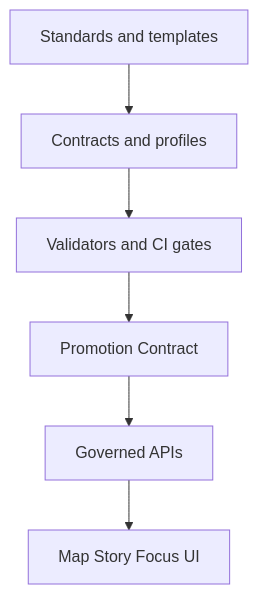
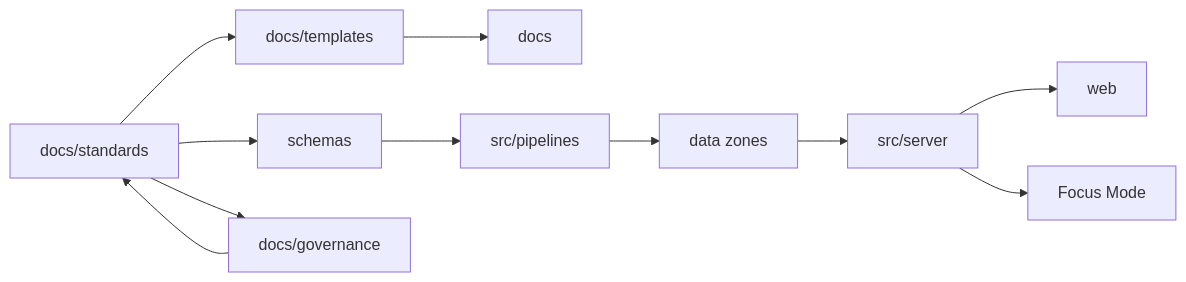
Before and after one commit to bartytime4life/Kansas-Frontier-Matrix: the diagram in docs/standards/README.md, drawn with Mermaid. The commit also changed other lines of this file, not shown here.

First line of the commit message:
Revise README for KFM Standards with detailed overview

````diff
--- a/docs/standards/README.md
+++ b/docs/standards/README.md
@@ -219,8 +64,15 @@
 ```mermaid
-flowchart TD
-  S[Standards and templates] --> C[Contracts and profiles]
-  C --> V[Validators and CI gates]
-  V --> P[Promotion Contract]
-  P --> A[Governed APIs]
-  A --> U[Map Story Focus UI]
+flowchart LR
+  Standards[docs/standards] --> Templates[docs/templates]
+  Standards --> Schemas[schemas]
+  Standards --> Governance[docs/governance]
+
+  Templates --> Docs[docs]
+  Schemas --> Pipelines[src/pipelines]
+  Pipelines --> Artifacts[data zones]
+  Artifacts --> APIs[src/server]
+  APIs --> UI[web]
+  APIs --> Focus[Focus Mode]
+
+  Governance --> Standards
 ```
````
